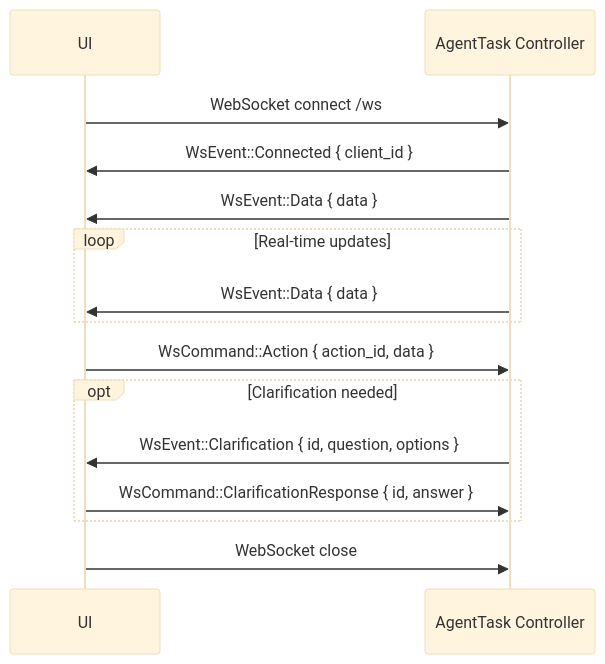
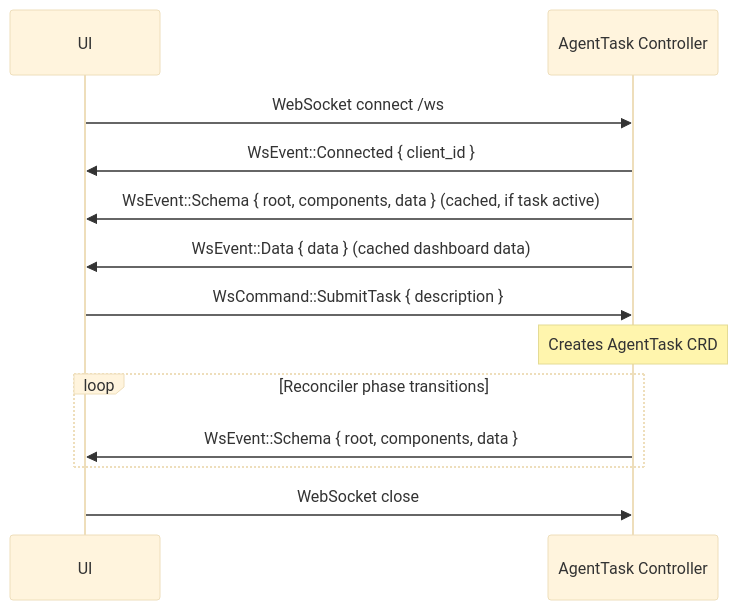
The first of 2 diagrams in docs/arch/15-ws-protocol.md (dshcherbatiuk/forgemaster), drawn with Mermaid (base theme) before and after one commit. The commit also changed other lines of this file and 17 other files, not shown here.

First line of the commit message:
feat: Broadcast task state to UI via server-generated A2UI schemas

````diff
--- a/docs/arch/15-ws-protocol.md
+++ b/docs/arch/15-ws-protocol.md
@@ -19,22 +24,19 @@
 ```mermaid
 sequenceDiagram
     participant UI
     participant Controller as AgentTask Controller
 
     UI->>Controller: WebSocket connect /ws
     Controller->>UI: WsEvent::Connected { client_id }
-    Controller->>UI: WsEvent::Data { data }
+    Controller->>UI: WsEvent::Schema { root, components, data } (cached, if task active)
+    Controller->>UI: WsEvent::Data { data } (cached dashboard data)
 
-    loop Real-time updates
-        Controller->>UI: WsEvent::Data { data }
-    end
+    UI->>Controller: WsCommand::SubmitTask { description }
+    Note over Controller: Creates AgentTask CRD
 
-    UI->>Controller: WsCommand::Action { action_id, data }
-
-    opt Clarification needed
-        Controller->>UI: WsEvent::Clarification { id, question, options }
-        UI->>Controller: WsCommand::ClarificationResponse { id, answer }
+    loop Reconciler phase transitions
+        Controller->>UI: WsEvent::Schema { root, components, data }
     end
 
     UI->>Controller: WebSocket close
 ```
````
